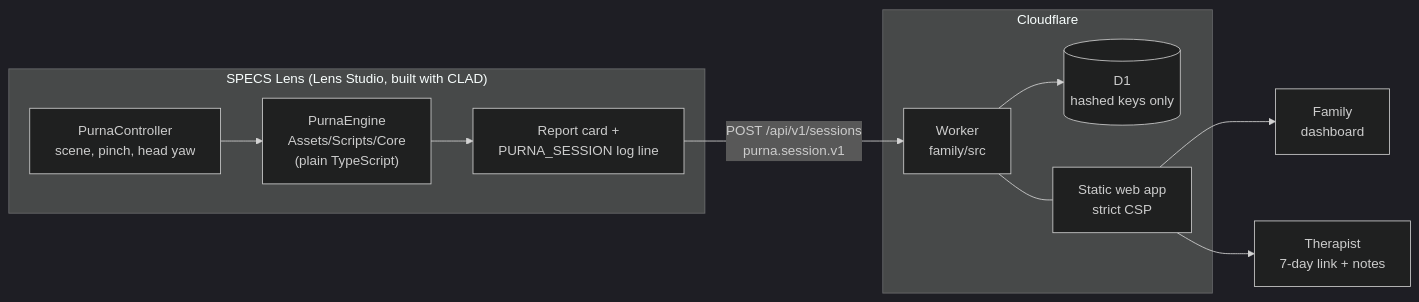
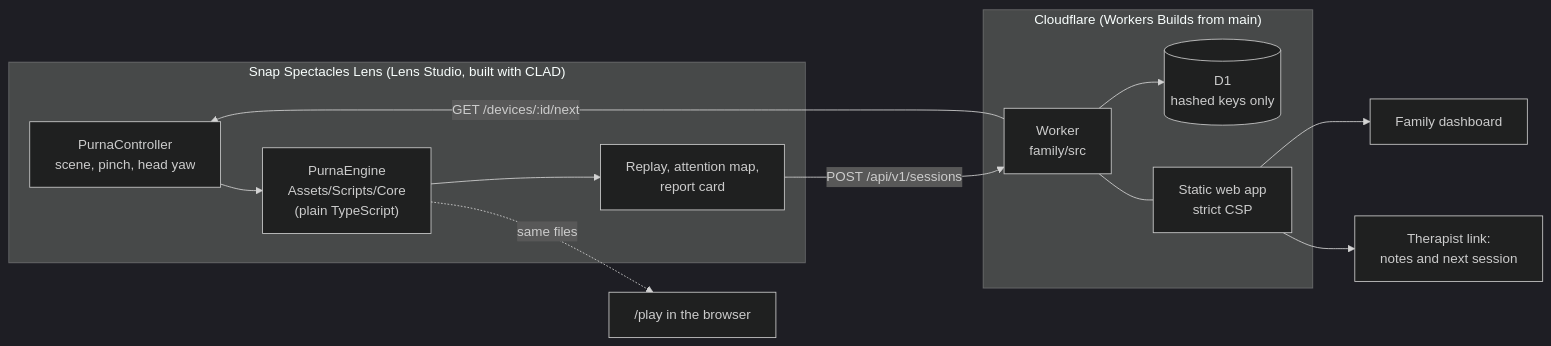
One commit to harshbhx/purna changed the second of 2 diagrams in README.md. Above: the diagram before and after it, drawn with Mermaid (dark theme). The commit also changed other lines of this file and 4 other files, not shown here.

````diff
--- a/README.md
+++ b/README.md
@@ -115,14 +169,16 @@
 ```mermaid
 flowchart LR
-  subgraph Glasses["SPECS Lens (Lens Studio, built with CLAD)"]
+  subgraph Glasses["Snap Spectacles Lens (Lens Studio, built with CLAD)"]
     C["PurnaController<br/>scene, pinch, head yaw"] --> E["PurnaEngine<br/>Assets/Scripts/Core<br/>(plain TypeScript)"]
-    E --> R["Report card +<br/>PURNA_SESSION log line"]
+    E --> R["Replay, attention map,<br/>report card"]
   end
-  R -- "POST /api/v1/sessions<br/>purna.session.v1" --> W
-  subgraph CF["Cloudflare"]
+  E -. "same files" .-> P["/play in the browser"]
+  R -- "POST /api/v1/sessions" --> W
+  W -- "GET /devices/:id/next" --> C
+  subgraph CF["Cloudflare (Workers Builds from main)"]
     W["Worker<br/>family/src"] --> D[("D1<br/>hashed keys only")]
     W --- A["Static web app<br/>strict CSP"]
   end
-  A --> F["Family<br/>dashboard"]
-  A --> T["Therapist<br/>7-day link + notes"]
+  A --> F["Family dashboard"]
+  A --> T["Therapist link:<br/>notes and next session"]
 ```
````
